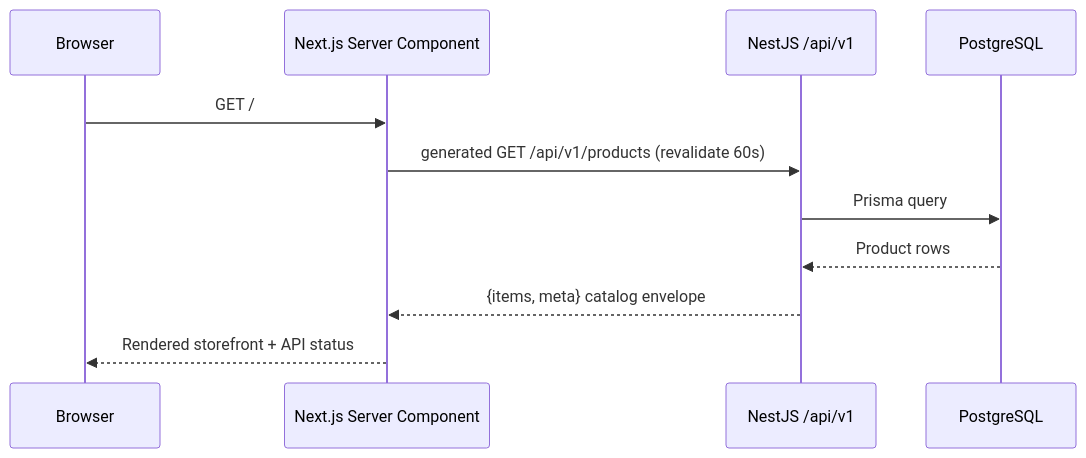
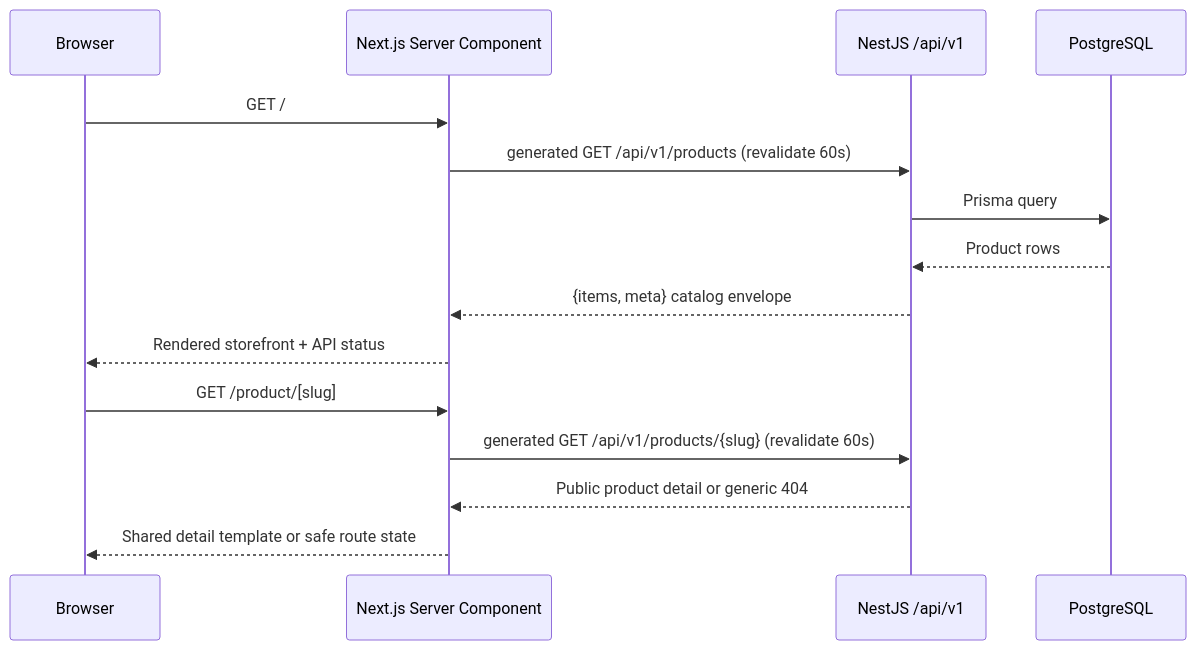
The diagram in apps/web/README.md (ferbert-dev/hop-and-barley-store), drawn with Mermaid before and after one commit. The commit also changed other lines of this file and 35 other files, not shown here.

Commit message:
feat: implement P1 product detail vertical slice (#4)

````diff
--- a/apps/web/README.md
+++ b/apps/web/README.md
@@ -17,14 +17,18 @@
 ```mermaid
 sequenceDiagram
     participant Browser
     participant Web as Next.js Server Component
     participant API as NestJS /api/v1
     participant DB as PostgreSQL
 
     Browser->>Web: GET /
     Web->>API: generated GET /api/v1/products (revalidate 60s)
     API->>DB: Prisma query
     DB-->>API: Product rows
     API-->>Web: {items, meta} catalog envelope
     Web-->>Browser: Rendered storefront + API status
+    Browser->>Web: GET /product/[slug]
+    Web->>API: generated GET /api/v1/products/{slug} (revalidate 60s)
+    API-->>Web: Public product detail or generic 404
+    Web-->>Browser: Shared detail template or safe route state
 ```
````
